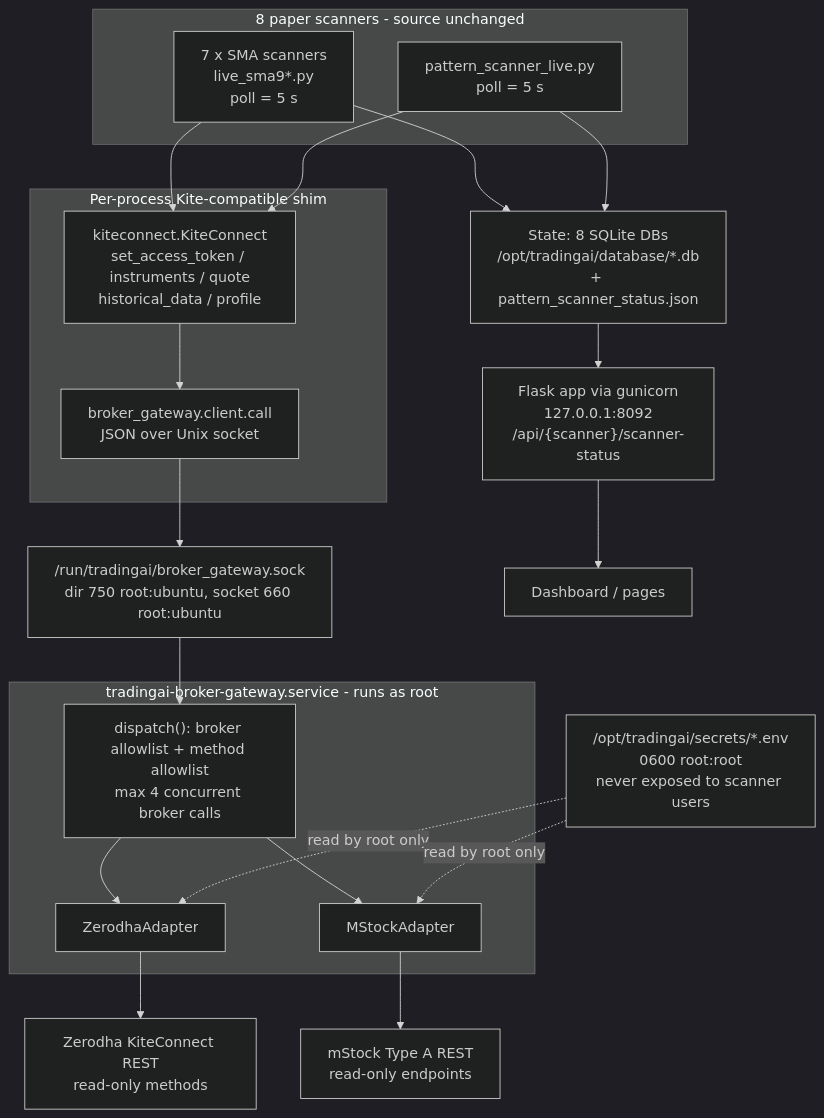
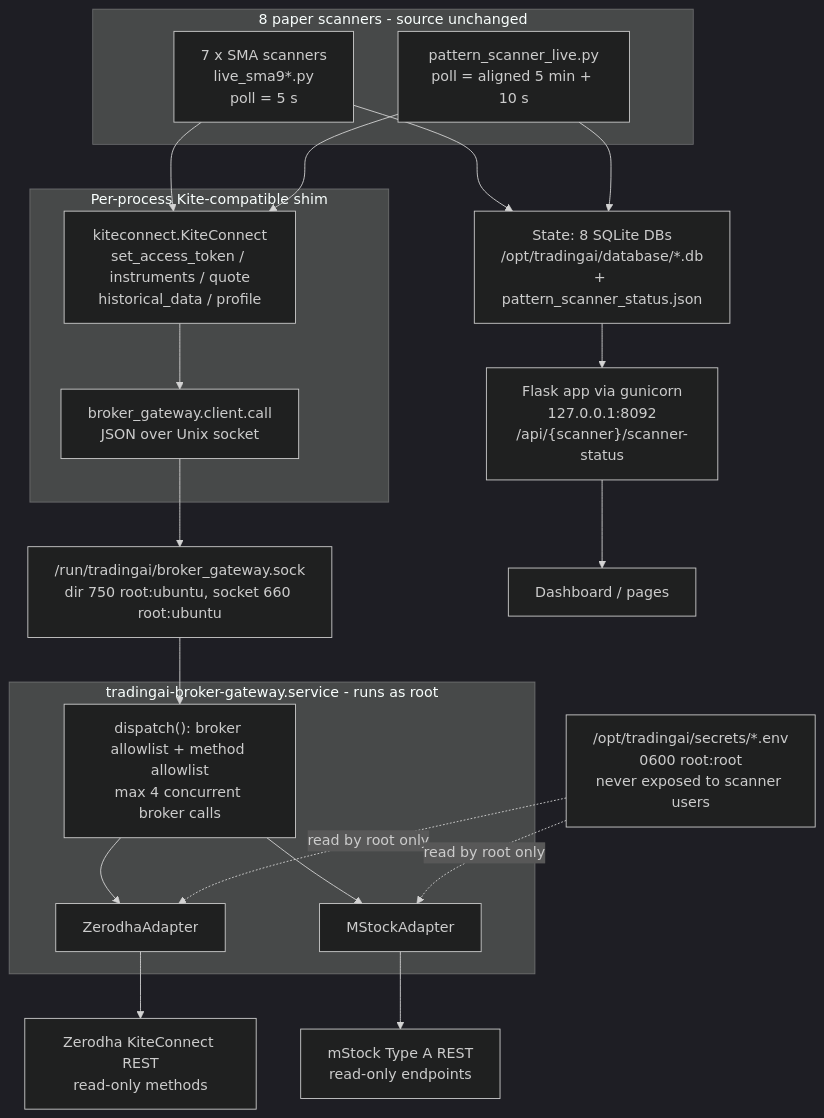
The first of 5 diagrams in docs/SCANNER_BROKER_ARCHITECTURE.md (vedurada/tradingai-lightweight), drawn with Mermaid (dark theme) before and after one commit. The commit also changed other lines of this file and 17 other files, not shown here.

````diff
--- a/docs/SCANNER_BROKER_ARCHITECTURE.md
+++ b/docs/SCANNER_BROKER_ARCHITECTURE.md
@@ -18,43 +18,43 @@
 ```mermaid
 flowchart TB
     subgraph SCANNERS["8 paper scanners - source unchanged"]
         SMA["7 x SMA scanners<br/>live_sma9*.py<br/>poll = 5 s"]
-        PAT["pattern_scanner_live.py<br/>poll = 5 s"]
+        PAT["pattern_scanner_live.py<br/>poll = aligned 5 min + 10 s"]
     end
 
     subgraph SHIMLAYER["Per-process Kite-compatible shim"]
         KC["kiteconnect.KiteConnect<br/>set_access_token / instruments / quote<br/>historical_data / profile"]
         CL["broker_gateway.client.call<br/>JSON over Unix socket"]
         KC --> CL
     end
 
     SOCK["/run/tradingai/broker_gateway.sock<br/>dir 750 root:ubuntu, socket 660 root:ubuntu"]
 
     subgraph GW["tradingai-broker-gateway.service - runs as root"]
         DISP["dispatch(): broker allowlist + method allowlist<br/>max 4 concurrent broker calls"]
         ZA["ZerodhaAdapter"]
         MA["MStockAdapter"]
         DISP --> ZA
         DISP --> MA
     end
 
     SEC["/opt/tradingai/secrets/*.env<br/>0600 root:root<br/>never exposed to scanner users"]
 
     ZAPI["Zerodha KiteConnect REST<br/>read-only methods"]
     MAPI["mStock Type A REST<br/>read-only endpoints"]
 
     STATE["State: 8 SQLite DBs<br/>/opt/tradingai/database/*.db<br/>+ pattern_scanner_status.json"]
     API["Flask app via gunicorn<br/>127.0.0.1:8092<br/>/api/{scanner}/scanner-status"]
     UI["Dashboard / pages"]
 
     SMA --> KC
     PAT --> KC
     CL --> SOCK --> DISP
     SEC -. read by root only .-> ZA
     SEC -. read by root only .-> MA
     ZA --> ZAPI
     MA --> MAPI
     SMA --> STATE
     PAT --> STATE
     STATE --> API --> UI
 ```
````
